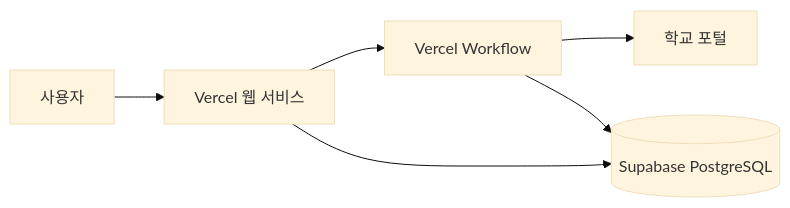
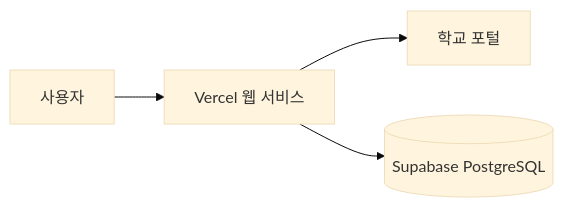
One commit to altius03/cbu-dorm-automation changed the diagram in README.md. Above: the diagram before and after it, drawn with Mermaid (base theme). The commit also changed other lines of this file and 28 other files, not shown here.

````diff
--- a/README.md
+++ b/README.md
@@ -23,8 +23,6 @@
 ```mermaid
 flowchart LR
     U[사용자] --> V[Vercel 웹 서비스]
-    V --> W[Vercel Workflow]
-    W --> P[학교 포털]
+    V --> P[학교 포털]
     V --> S[(Supabase PostgreSQL)]
-    W --> S
 ```
````
